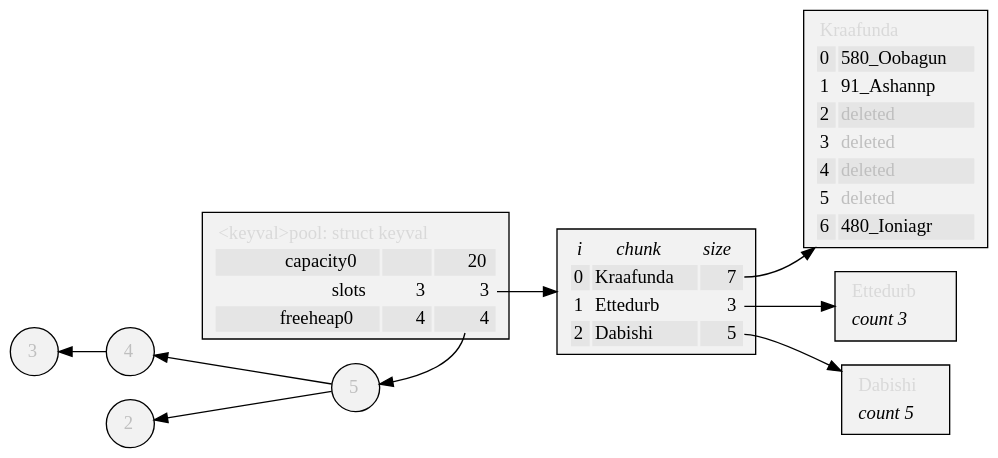
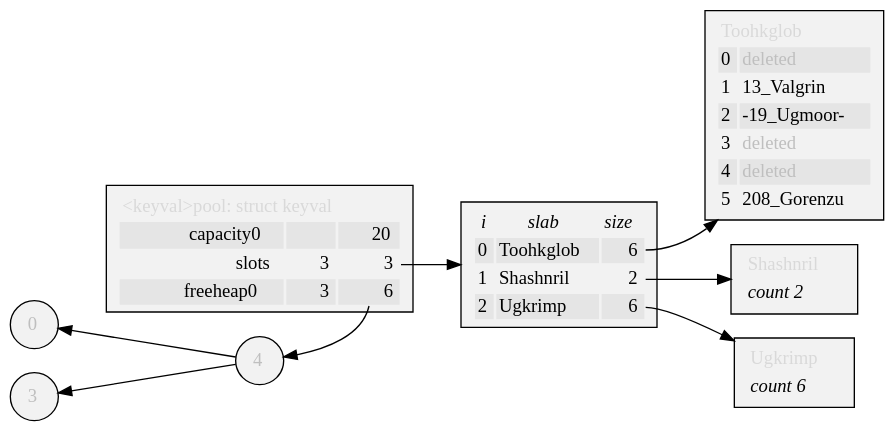
One commit to neil-edelman/boxes changed the diagram in doc/kvpool.gv. Above: the diagram before and after it, drawn with Graphviz. The commit also changed 5 other files, not shown here.

Commit message:
Changed terminology chunk -> slab at suggestion craig-estey.

```diff
--- a/doc/kvpool.gv
+++ b/doc/kvpool.gv
@@ -1,102 +1,96 @@
 digraph {
 	graph [rankdir=LR, truecolor=true, bgcolor=transparent, fontface=modern];
 	node [shape=box, style=filled, fillcolor="Gray95"];
-	free0_0 [label=<<FONT COLOR="Gray75">5</FONT>>, shape=circle];
-	free0_1 [label=<<FONT COLOR="Gray75">4</FONT>>, shape=circle];
+	free0_0 [label=<<FONT COLOR="Gray75">4</FONT>>, shape=circle];
+	free0_1 [label=<<FONT COLOR="Gray75">0</FONT>>, shape=circle];
 	free0_1 -> free0_0 [dir=back];
-	free0_2 [label=<<FONT COLOR="Gray75">2</FONT>>, shape=circle];
+	free0_2 [label=<<FONT COLOR="Gray75">3</FONT>>, shape=circle];
 	free0_2 -> free0_0 [dir=back];
-	free0_3 [label=<<FONT COLOR="Gray75">3</FONT>>, shape=circle];
-	free0_3 -> free0_1 [dir=back];
 	{rank=same; pool; free0_0; }
 	pool:free -> free0_0;
 	pool [label=<
 <TABLE BORDER="0">
 	<TR><TD COLSPAN="3" ALIGN="LEFT"><FONT COLOR="Gray85">&lt;keyval&gt;pool: struct keyval</FONT></TD></TR>
 	<TR>
 		<TD BORDER="0" ALIGN="RIGHT" BGCOLOR="Gray90">capacity0</TD>
 		<TD BORDER="0" BGCOLOR="Gray90">&#8205;</TD>
 		<TD BORDER="0" ALIGN="RIGHT" BGCOLOR="Gray90">20</TD>
 	</TR>
 	<TR>
 		<TD BORDER="0" ALIGN="RIGHT">slots</TD>
 		<TD BORDER="0" ALIGN="RIGHT">3</TD>
 		<TD PORT="slots" BORDER="0" ALIGN="RIGHT">3</TD>
 	</TR>
 	<TR>
 		<TD BORDER="0" ALIGN="RIGHT" BGCOLOR="Gray90">freeheap0</TD>
-		<TD BORDER="0" ALIGN="RIGHT" BGCOLOR="Gray90">4</TD>
-		<TD PORT="free" BORDER="0" ALIGN="RIGHT" BGCOLOR="Gray90">4</TD>
+		<TD BORDER="0" ALIGN="RIGHT" BGCOLOR="Gray90">3</TD>
+		<TD PORT="free" BORDER="0" ALIGN="RIGHT" BGCOLOR="Gray90">6</TD>
 	</TR>
 </TABLE>>];
 	pool:slots -> slots;
 	slots [label = <
 <TABLE BORDER="0">
 	<TR>
 		<TD BORDER="0"><FONT FACE="Times-Italic">i</FONT></TD>
-		<TD BORDER="0"><FONT FACE="Times-Italic">chunk</FONT></TD>
+		<TD BORDER="0"><FONT FACE="Times-Italic">slab</FONT></TD>
 		<TD BORDER="0"><FONT FACE="Times-Italic">size</FONT></TD>
 	</TR>
 	<TR>
 		<TD ALIGN="RIGHT" BGCOLOR="Gray90">0</TD>
-		<TD ALIGN="LEFT" BGCOLOR="Gray90">Kraafunda</TD>
-		<TD PORT="0" ALIGN="RIGHT" BGCOLOR="Gray90">7</TD>
+		<TD ALIGN="LEFT" BGCOLOR="Gray90">Toohkglob</TD>
+		<TD PORT="0" ALIGN="RIGHT" BGCOLOR="Gray90">6</TD>
 	</TR>
 	<TR>
 		<TD ALIGN="RIGHT">1</TD>
-		<TD ALIGN="LEFT">Ettedurb</TD>
-		<TD PORT="1" ALIGN="RIGHT">3</TD>
+		<TD ALIGN="LEFT">Shashnril</TD>
+		<TD PORT="1" ALIGN="RIGHT">2</TD>
 	</TR>
 	<TR>
 		<TD ALIGN="RIGHT" BGCOLOR="Gray90">2</TD>
-		<TD ALIGN="LEFT" BGCOLOR="Gray90">Dabishi</TD>
-		<TD PORT="2" ALIGN="RIGHT" BGCOLOR="Gray90">5</TD>
+		<TD ALIGN="LEFT" BGCOLOR="Gray90">Ugkrimp</TD>
+		<TD PORT="2" ALIGN="RIGHT" BGCOLOR="Gray90">6</TD>
 	</TR>
 </TABLE>>];
-	slots:0 -> chunk0;
-	chunk0 [label=<
+	slots:0 -> slab0;
+	slab0 [label=<
 <TABLE BORDER="0">
-	<TR><TD COLSPAN="2" ALIGN="LEFT"><FONT COLOR="Gray85">Kraafunda</FONT></TD></TR>
+	<TR><TD COLSPAN="2" ALIGN="LEFT"><FONT COLOR="Gray85">Toohkglob</FONT></TD></TR>
 	<TR>
 		<TD PORT="0" ALIGN="RIGHT" BGCOLOR="Gray90">0</TD>
-		<TD ALIGN="LEFT" BGCOLOR="Gray90">580_Oobagun</TD>
+		<TD ALIGN="LEFT" BGCOLOR="Gray90"><FONT COLOR="Gray75">deleted</FONT></TD>
 	</TR>
 	<TR>
 		<TD PORT="1" ALIGN="RIGHT">1</TD>
-		<TD ALIGN="LEFT">91_Ashannp</TD>
+		<TD ALIGN="LEFT">13_Valgrin</TD>
 	</TR>
 	<TR>
 		<TD PORT="2" ALIGN="RIGHT" BGCOLOR="Gray90">2</TD>
-		<TD ALIGN="LEFT" BGCOLOR="Gray90"><FONT COLOR="Gray75">deleted</FONT></TD>
+		<TD ALIGN="LEFT" BGCOLOR="Gray90">-19_Ugmoor-</TD>
 	</TR>
 	<TR>
 		<TD PORT="3" ALIGN="RIGHT">3</TD>
 		<TD ALIGN="LEFT"><FONT COLOR="Gray75">deleted</FONT></TD>
 	</TR>
 	<TR>
 		<TD PORT="4" ALIGN="RIGHT" BGCOLOR="Gray90">4</TD>
 		<TD ALIGN="LEFT" BGCOLOR="Gray90"><FONT COLOR="Gray75">deleted</FONT></TD>
 	</TR>
 	<TR>
 		<TD PORT="5" ALIGN="RIGHT">5</TD>
-		<TD ALIGN="LEFT"><FONT COLOR="Gray75">deleted</FONT></TD>
-	</TR>
-	<TR>
-		<TD PORT="6" ALIGN="RIGHT" BGCOLOR="Gray90">6</TD>
-		<TD ALIGN="LEFT" BGCOLOR="Gray90">480_Ioniagr</TD>
+		<TD ALIGN="LEFT">208_Gorenzu</TD>
 	</TR>
 </TABLE>>];
-	slots:1 -> chunk1;
-	chunk1 [label=<
+	slots:1 -> slab1;
+	slab1 [label=<
 <TABLE BORDER="0">
-	<TR><TD COLSPAN="2" ALIGN="LEFT"><FONT COLOR="Gray85">Ettedurb</FONT></TD></TR>
-	<TR><TD COLSPAN="2" ALIGN="LEFT"><FONT FACE="Times-Italic">count 3</FONT></TD></TR>
+	<TR><TD COLSPAN="2" ALIGN="LEFT"><FONT COLOR="Gray85">Shashnril</FONT></TD></TR>
+	<TR><TD COLSPAN="2" ALIGN="LEFT"><FONT FACE="Times-Italic">count 2</FONT></TD></TR>
 </TABLE>>];
-	slots:2 -> chunk2;
-	chunk2 [label=<
+	slots:2 -> slab2;
+	slab2 [label=<
 <TABLE BORDER="0">
-	<TR><TD COLSPAN="2" ALIGN="LEFT"><FONT COLOR="Gray85">Dabishi</FONT></TD></TR>
-	<TR><TD COLSPAN="2" ALIGN="LEFT"><FONT FACE="Times-Italic">count 5</FONT></TD></TR>
+	<TR><TD COLSPAN="2" ALIGN="LEFT"><FONT COLOR="Gray85">Ugkrimp</FONT></TD></TR>
+	<TR><TD COLSPAN="2" ALIGN="LEFT"><FONT FACE="Times-Italic">count 6</FONT></TD></TR>
 </TABLE>>];
 	node [fillcolour=red];
 }
```
